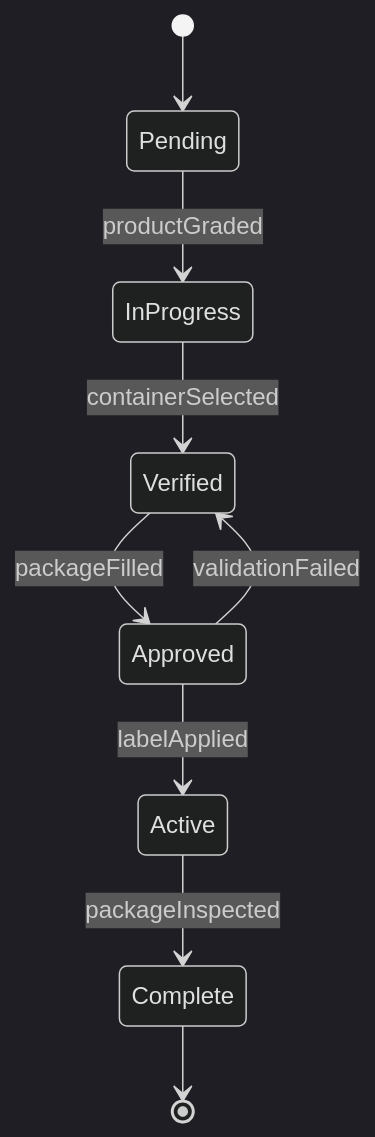
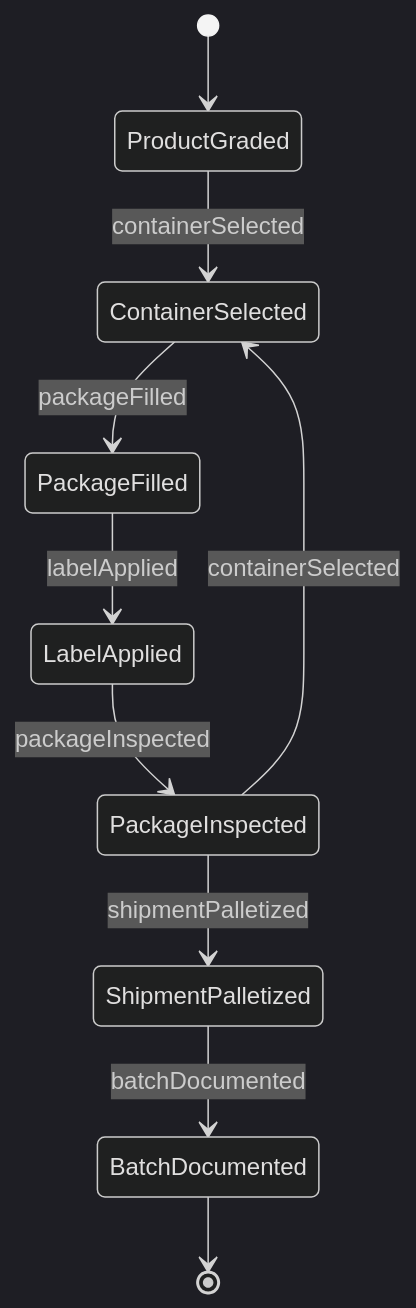
One commit to dot-org-ai/tasks.org.ai changed the second of 4 diagrams in HandlingAndMovingObjects/PackageObjects/PackageAgriculturalProductsShipmentFurther.mdx. Above: the diagram before and after it, drawn with Mermaid (dark theme). The commit also changed other lines of this file and 515 other files, not shown here.

````diff
--- a/HandlingAndMovingObjects/PackageObjects/PackageAgriculturalProductsShipmentFurther.mdx
+++ b/HandlingAndMovingObjects/PackageObjects/PackageAgriculturalProductsShipmentFurther.mdx
@@ -100,11 +100,12 @@
 ```mermaid
 stateDiagram-v2
-    [*] --> Pending
-    Pending --> InProgress : productGraded
-    InProgress --> Verified : containerSelected
-    Verified --> Approved : packageFilled
-    Approved --> Active : labelApplied
-    Active --> Complete : packageInspected
-    Approved --> Verified : validationFailed
-    Complete --> [*]
+    [*] --> ProductGraded
+    ProductGraded --> ContainerSelected : containerSelected
+    ContainerSelected --> PackageFilled : packageFilled
+    PackageFilled --> LabelApplied : labelApplied
+    LabelApplied --> PackageInspected : packageInspected
+    PackageInspected --> ContainerSelected : containerSelected
+    PackageInspected --> ShipmentPalletized : shipmentPalletized
+    ShipmentPalletized --> BatchDocumented : batchDocumented
+    BatchDocumented --> [*]
 ```
````
